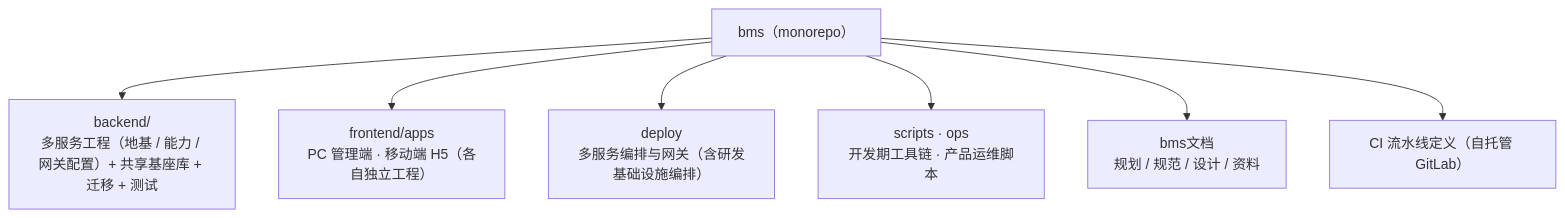
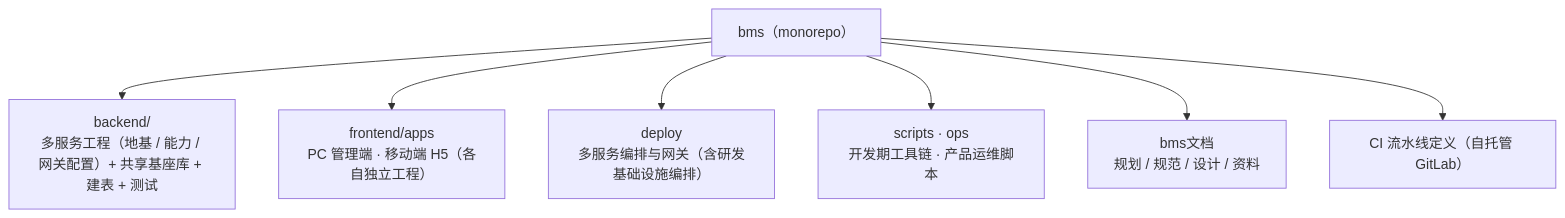
Before and after one commit to minjian123/basic-management-system: the third of 3 diagrams in bms文档/设计/架构设计/03_架构设计_总体架构.md, drawn with Mermaid. The commit also changed other lines of this file and 94 other files, not shown here.

````diff
--- a/bms文档/设计/架构设计/03_架构设计_总体架构.md
+++ b/bms文档/设计/架构设计/03_架构设计_总体架构.md
@@ -77,9 +77,9 @@
 ```mermaid
 flowchart TD
-    ROOT["bms（monorepo）"] --> BE["backend/<br/>多服务工程（地基 / 能力 / 网关配置）+ 共享基座库 + 迁移 + 测试"]
+    ROOT["bms（monorepo）"] --> BE["backend/<br/>多服务工程（地基 / 能力 / 网关配置）+ 共享基座库 + 建表 + 测试"]
     ROOT --> FE["frontend/apps<br/>PC 管理端 · 移动端 H5（各自独立工程）"]
     ROOT --> DEP["deploy<br/>多服务编排与网关（含研发基础设施编排）"]
     ROOT --> TOOL["scripts · ops<br/>开发期工具链 · 产品运维脚本"]
     ROOT --> DOC["bms文档<br/>规划 / 规范 / 设计 / 资料"]
     ROOT --> CI["CI 流水线定义（自托管 GitLab）"]
 ```
````
